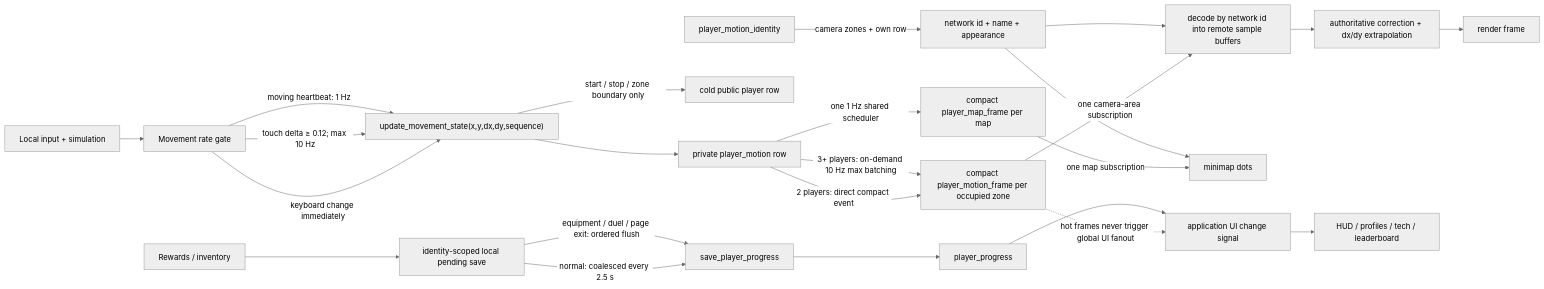
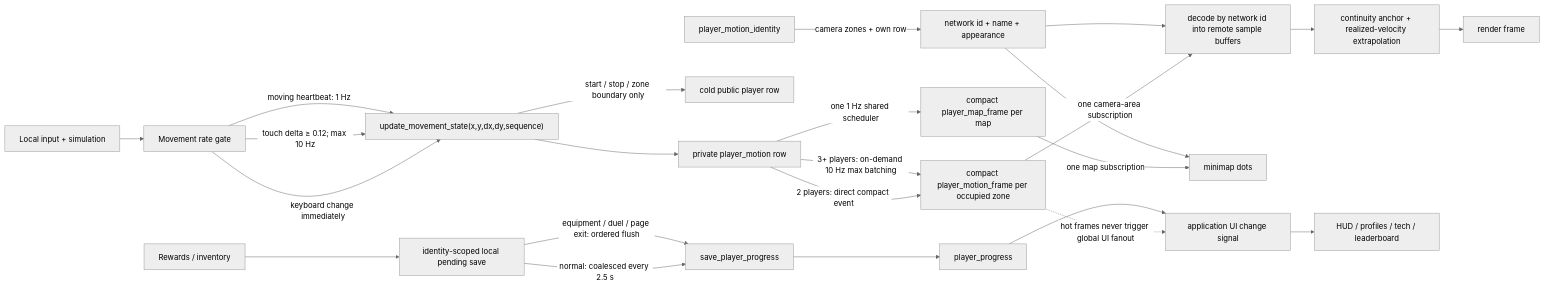
Before and after one commit to Tydoskus/wildwood: the first of 4 diagrams in docs/realtime-data-flow.md, drawn with Mermaid (neutral theme). The commit also changed other lines of this file and 11 other files, not shown here.

````diff
--- a/docs/realtime-data-flow.md
+++ b/docs/realtime-data-flow.md
@@ -7,30 +7,30 @@
 ```mermaid
 flowchart LR
   Input["Local input + simulation"] --> PositionGate["Movement rate gate"]
   PositionGate -->|"keyboard change immediately"| PositionReducer["update_movement_state(x,y,dx,dy,sequence)"]
   PositionGate -->|"touch delta ≥ 0.12; max 10 Hz"| PositionReducer
   PositionGate -->|"moving heartbeat: 1 Hz"| PositionReducer
   PositionReducer --> PrivateMotion["private player_motion row"]
   PrivateMotion -->|"2 players: direct compact event"| ZoneBatch["compact player_motion_frame per occupied zone"]
   PrivateMotion -->|"3+ players: on-demand 10 Hz max batching"| ZoneBatch
   ZoneBatch -->|"one camera-area subscription"| MotionCache["decode by network id into remote sample buffers"]
-  MotionCache --> Interpolation["authoritative correction + dx/dy extrapolation"]
+  MotionCache --> Interpolation["continuity anchor + realized-velocity extrapolation"]
   Interpolation --> Frame["render frame"]
 
   PositionReducer -->|"start / stop / zone boundary only"| PlayerRow["cold public player row"]
   PrivateMotion -->|"one 1 Hz shared scheduler"| MapBatch["compact player_map_frame per map"]
   MapBatch -->|"one map subscription"| Minimap["minimap dots"]
 
   Presence["player_motion_identity"] -->|"camera zones + own row"| IdentityCache["network id + name + appearance"]
   IdentityCache --> MotionCache
   IdentityCache --> Minimap
 
   Rewards["Rewards / inventory"] --> Pending["identity-scoped local pending save"]
   Pending -->|"normal: coalesced every 2.5 s"| ProgressReducer["save_player_progress"]
   Pending -->|"equipment / duel / page exit: ordered flush"| ProgressReducer
   ProgressReducer --> ProgressRow["player_progress"]
 
   ZoneBatch -. "hot frames never trigger global UI fanout" .-> UiSignal["application UI change signal"]
   ProgressRow --> UiSignal
   UiSignal --> Windows["HUD / profiles / tech / leaderboard"]
 ```
````
